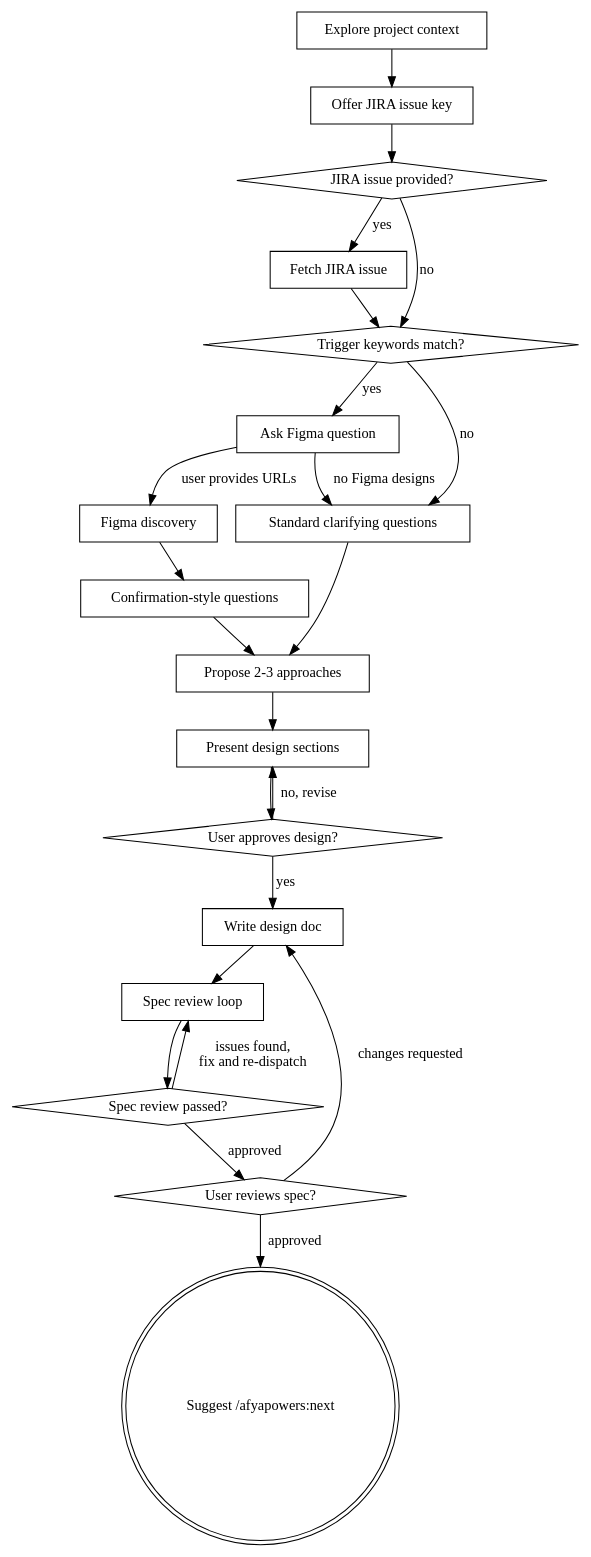
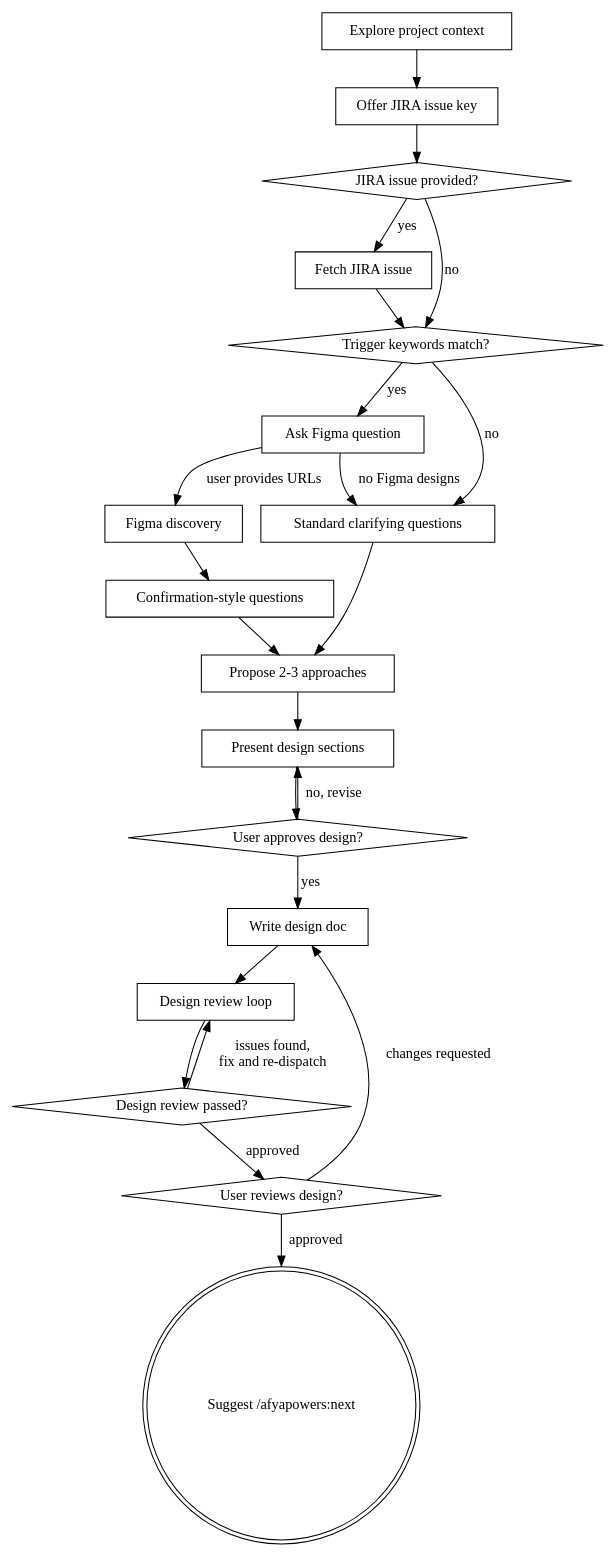
The diagram in dist/claude/skills/design/SKILL.md (iclinic/afyapowers), drawn with Graphviz before and after one commit. The commit also changed other lines of this file and 31 other files, not shown here.

````diff
--- a/dist/claude/skills/design/SKILL.md
+++ b/dist/claude/skills/design/SKILL.md
@@ -44,44 +44,44 @@
 ```dot
 digraph design {
     "Explore project context" [shape=box];
     "Offer JIRA issue key" [shape=box];
     "JIRA issue provided?" [shape=diamond];
     "Fetch JIRA issue" [shape=box];
     "Trigger keywords match?" [shape=diamond];
     "Ask Figma question" [shape=box];
     "Figma discovery" [shape=box];
     "Confirmation-style questions" [shape=box];
     "Standard clarifying questions" [shape=box];
     "Propose 2-3 approaches" [shape=box];
     "Present design sections" [shape=box];
     "User approves design?" [shape=diamond];
     "Write design doc" [shape=box];
-    "Spec review loop" [shape=box];
-    "Spec review passed?" [shape=diamond];
-    "User reviews spec?" [shape=diamond];
+    "Design review loop" [shape=box];
+    "Design review passed?" [shape=diamond];
+    "User reviews design?" [shape=diamond];
     "Suggest /afyapowers:next" [shape=doublecircle];
 
     "Explore project context" -> "Offer JIRA issue key";
     "Offer JIRA issue key" -> "JIRA issue provided?";
     "JIRA issue provided?" -> "Fetch JIRA issue" [label="yes"];
     "JIRA issue provided?" -> "Trigger keywords match?" [label="no"];
     "Fetch JIRA issue" -> "Trigger keywords match?";
     "Trigger keywords match?" -> "Ask Figma question" [label="yes"];
     "Trigger keywords match?" -> "Standard clarifying questions" [label="no"];
     "Ask Figma question" -> "Figma discovery" [label="user provides URLs"];
     "Ask Figma question" -> "Standard clarifying questions" [label="no Figma designs"];
     "Figma discovery" -> "Confirmation-style questions";
     "Confirmation-style questions" -> "Propose 2-3 approaches";
     "Standard clarifying questions" -> "Propose 2-3 approaches";
     "Propose 2-3 approaches" -> "Present design sections";
     "Present design sections" -> "User approves design?";
     "User approves design?" -> "Present design sections" [label="no, revise"];
     "User approves design?" -> "Write design doc" [label="yes"];
-    "Write design doc" -> "Spec review loop";
-    "Spec review loop" -> "Spec review passed?";
-    "Spec review passed?" -> "Spec review loop" [label="issues found,\nfix and re-dispatch"];
-    "Spec review passed?" -> "User reviews spec?" [label="approved"];
-    "User reviews spec?" -> "Write design doc" [label="changes requested"];
-    "User reviews spec?" -> "Suggest /afyapowers:next" [label="approved"];
+    "Write design doc" -> "Design review loop";
+    "Design review loop" -> "Design review passed?";
+    "Design review passed?" -> "Design review loop" [label="issues found,\nfix and re-dispatch"];
+    "Design review passed?" -> "User reviews design?" [label="approved"];
+    "User reviews design?" -> "Write design doc" [label="changes requested"];
+    "User reviews design?" -> "Suggest /afyapowers:next" [label="approved"];
 }
 ```
````
